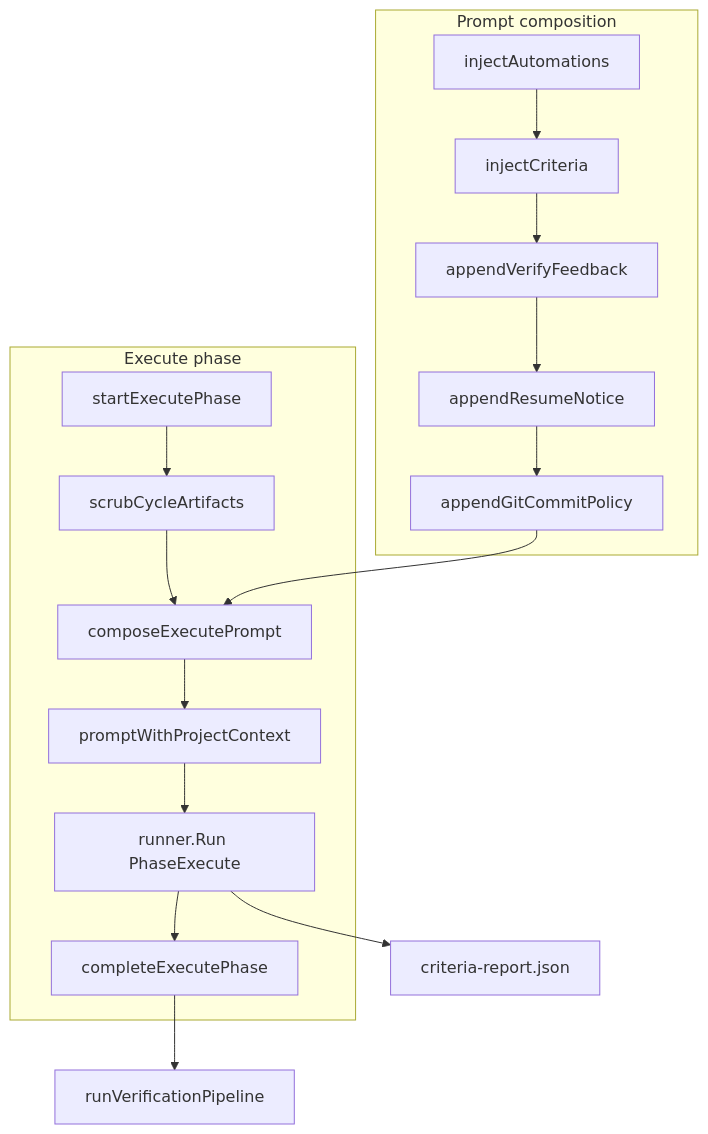
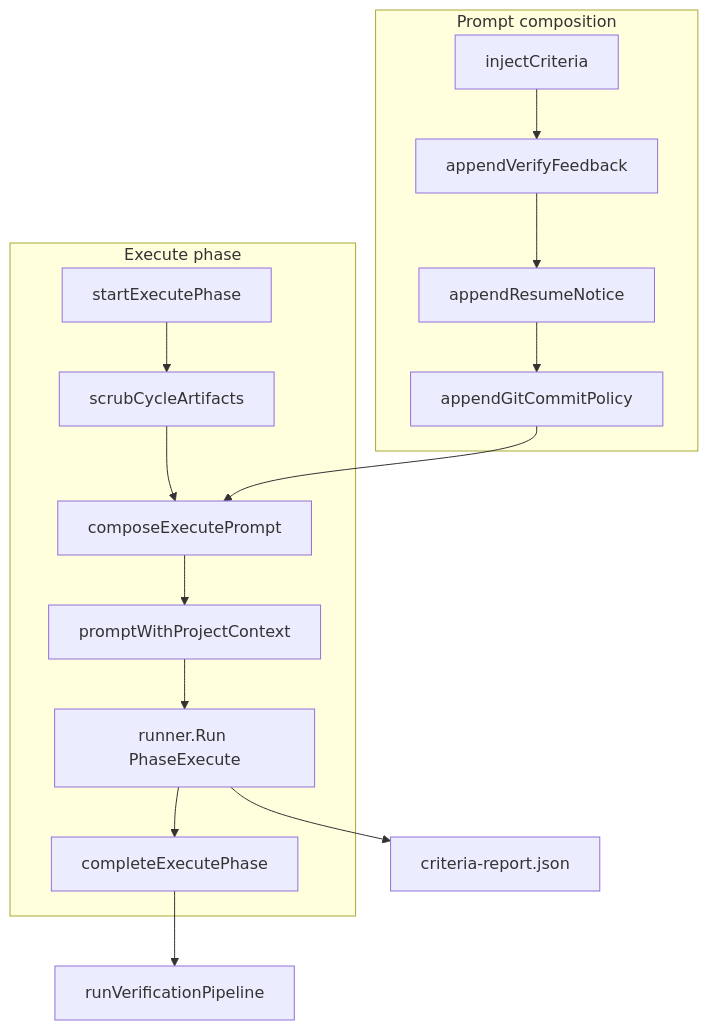
The diagram in docs/domain/execute-agent.md (AlexsanderHamir/T2A), drawn with Mermaid before and after one commit. The commit also changed other lines of this file and 65 other files, not shown here.

````diff
--- a/docs/domain/execute-agent.md
+++ b/docs/domain/execute-agent.md
@@ -74,23 +74,22 @@
 ```mermaid
 flowchart TD
   subgraph compose [Prompt composition]
-    Auto[injectAutomations]
     Crit[injectCriteria]
     Feed[appendVerifyFeedback]
     Resume[appendResumeNotice]
     Git[appendGitCommitPolicy]
-    Auto --> Crit --> Feed --> Resume --> Git
+    Crit --> Feed --> Resume --> Git
   end
   subgraph runPhase [Execute phase]
     Start[startExecutePhase]
     Scrub[scrubCycleArtifacts]
     Compose[composeExecutePrompt]
     PC[promptWithProjectContext]
     Run[runner.Run PhaseExecute]
     Complete[completeExecutePhase]
     Start --> Scrub --> Compose --> PC --> Run --> Complete
   end
   Git --> Compose
   Run --> CR[criteria-report.json]
   Complete --> VerifyHandoff[runVerificationPipeline]
 ```
````
